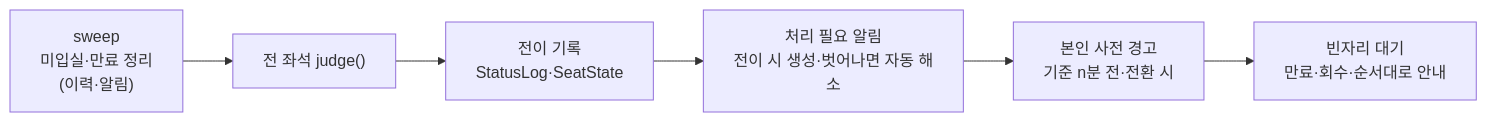
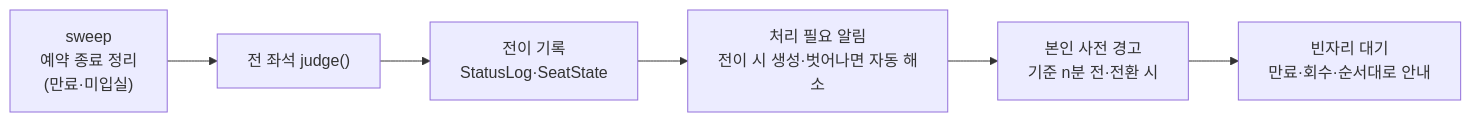
The second of 2 diagrams in docs/ARCHITECTURE.md (yugh27194/SeatSync), drawn with Mermaid before and after one commit. The commit also changed other lines of this file and 19 other files, not shown here.

````diff
--- a/docs/ARCHITECTURE.md
+++ b/docs/ARCHITECTURE.md
@@ -95,8 +95,8 @@
 ```mermaid
 flowchart LR
-  A["sweep<br/>미입실·만료 정리<br/>(이력·알림)"] --> B["전 좌석 judge()"]
+  A["sweep<br/>예약 종료 정리<br/>(만료·미입실)"] --> B["전 좌석 judge()"]
   B --> C["전이 기록<br/>StatusLog·SeatState"]
   C --> D["처리 필요 알림<br/>전이 시 생성·벗어나면 자동 해소"]
   D --> E["본인 사전 경고<br/>기준 n분 전·전환 시"]
   E --> F["빈자리 대기<br/>만료·회수·순서대로 안내"]
 ```
````
